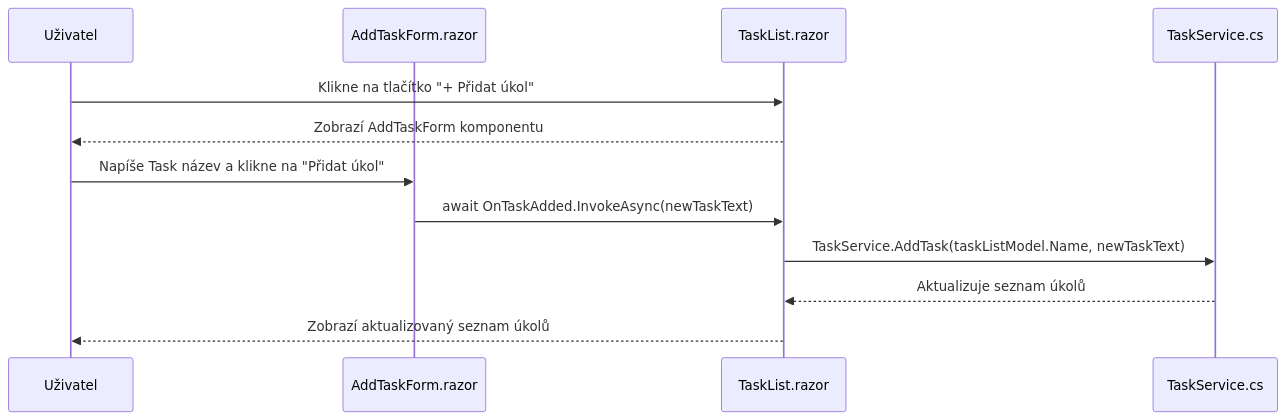
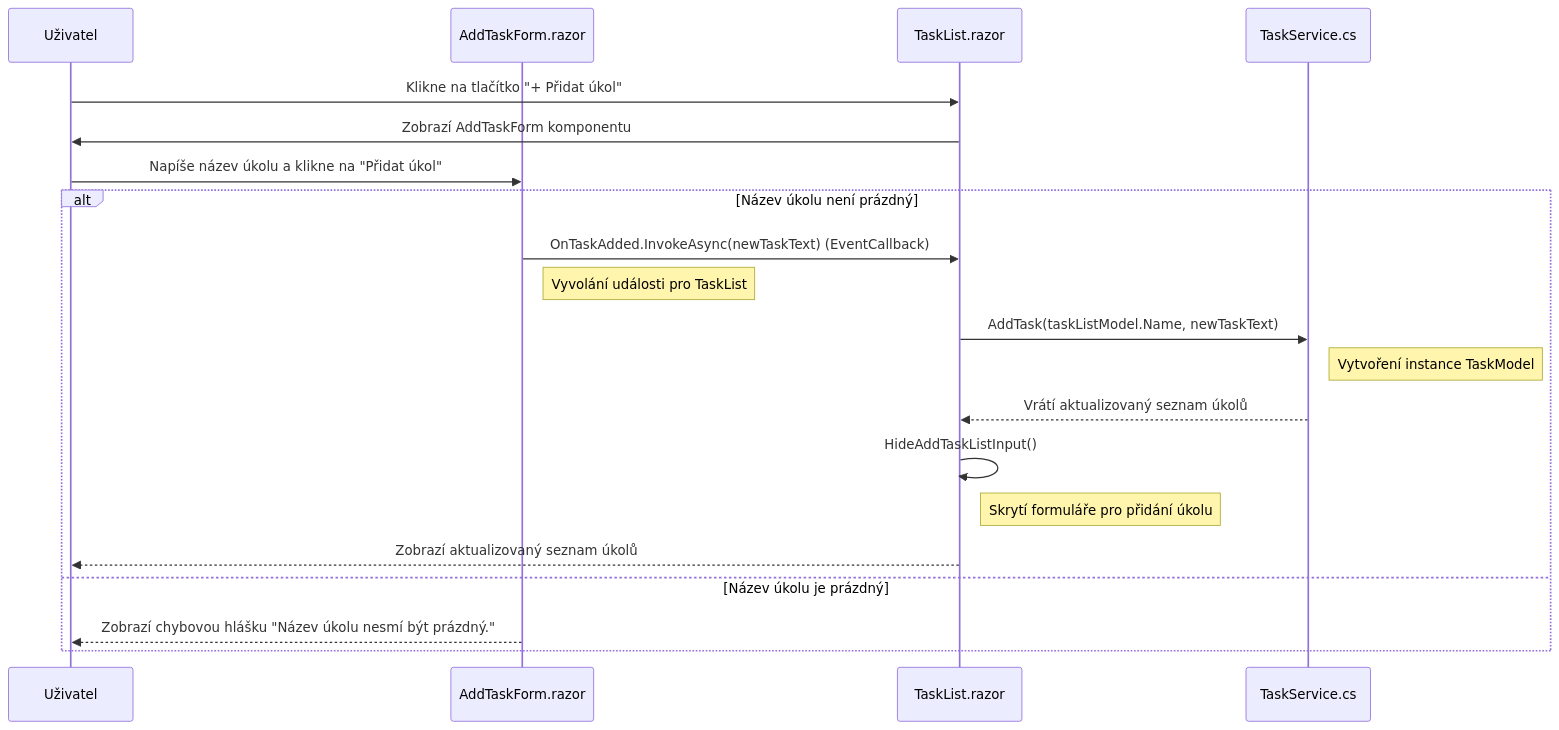
Before and after one commit to ValdemarPospisil/Blazor: the diagram in README.md, drawn with Mermaid. The commit also changed other lines of this file, not shown here.

````diff
--- a/README.md
+++ b/README.md
@@ -157,15 +157,27 @@
 ```mermaid
 sequenceDiagram
     participant User as Uživatel
     participant AddTaskForm as AddTaskForm.razor
     participant TaskList as TaskList.razor
     participant TaskService as TaskService.cs
 
     User->>TaskList: Klikne na tlačítko "+ Přidat úkol"
-    TaskList-->>User: Zobrazí AddTaskForm komponentu
-    User->>AddTaskForm: Napíše Task název a klikne na "Přidat úkol"
-    AddTaskForm->>TaskList: await OnTaskAdded.InvokeAsync(newTaskText);
-    TaskList->>TaskService: TaskService.AddTask(taskListModel.Name, newTaskText);
-    TaskService-->>TaskList: Aktualizuje seznam úkolů
-    TaskList-->>User: Zobrazí aktualizovaný seznam úkolů
+    TaskList->>User: Zobrazí AddTaskForm komponentu
+    User->>AddTaskForm: Napíše název úkolu a klikne na "Přidat úkol"
+    
+    alt Název úkolu není prázdný
+        AddTaskForm->>TaskList: OnTaskAdded.InvokeAsync(newTaskText) (EventCallback)
+        Note right of AddTaskForm: Vyvolání události pro TaskList
+        
+        TaskList->>TaskService: AddTask(taskListModel.Name, newTaskText)
+        Note right of TaskService: Vytvoření instance TaskModel
+        TaskService-->>TaskList: Vrátí aktualizovaný seznam úkolů
+        
+        TaskList->>TaskList: HideAddTaskListInput()
+        Note right of TaskList: Skrytí formuláře pro přidání úkolu
+        
+        TaskList-->>User: Zobrazí aktualizovaný seznam úkolů
+    else Název úkolu je prázdný
+        AddTaskForm-->>User: Zobrazí chybovou hlášku "Název úkolu nesmí být prázdný."
+    end
 ```
````
